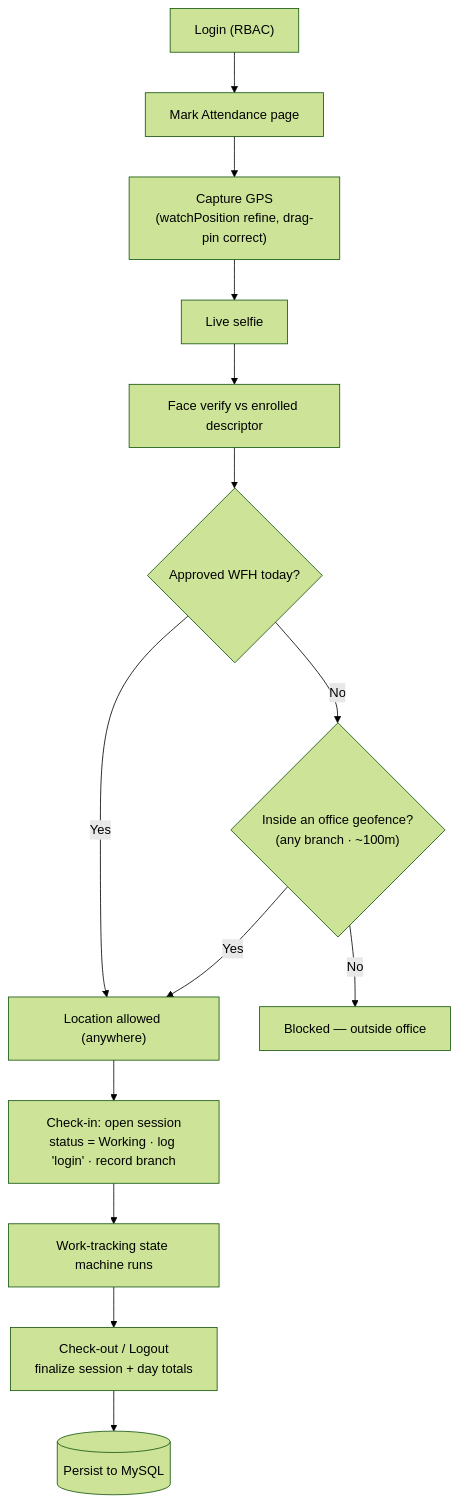
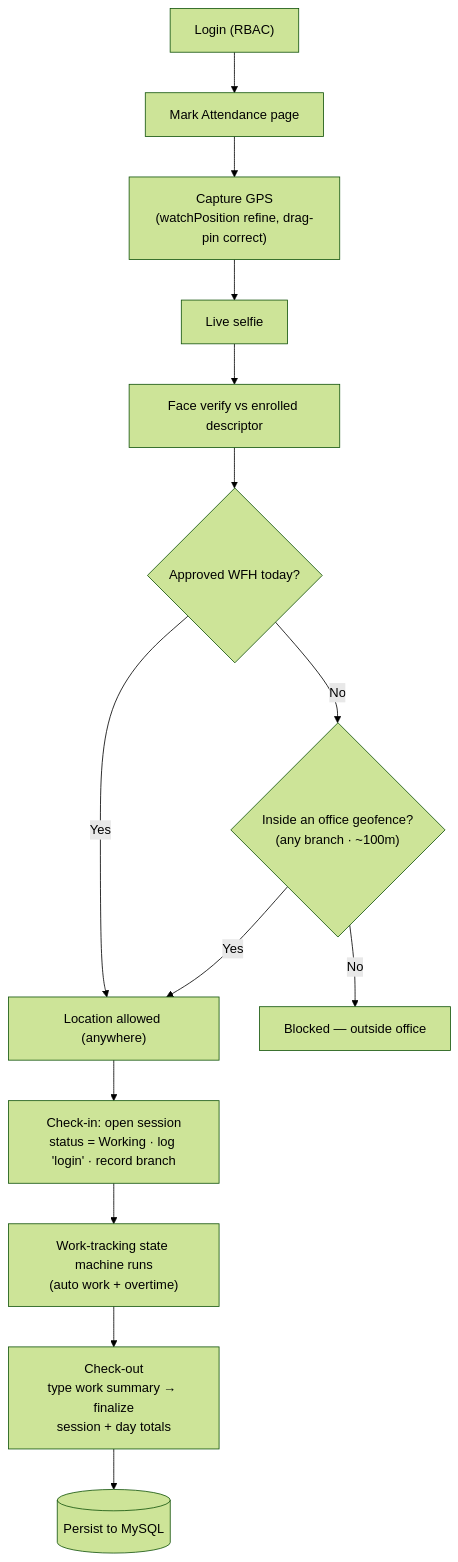
The second of 12 diagrams in README.md (anantha-ctrl/GeoAttendPro), drawn with Mermaid (forest theme) before and after one commit. The commit also changed other lines of this file and 59 other files, not shown here.

````diff
--- a/README.md
+++ b/README.md
@@ -57,16 +57,16 @@
 ```mermaid
 flowchart TD
   A["Login (RBAC)"] --> B["Mark Attendance page"]
   B --> C["Capture GPS<br/>(watchPosition refine, drag-pin correct)"]
   C --> D["Live selfie"]
   D --> E["Face verify vs enrolled descriptor"]
   E --> F{"Approved WFH today?"}
   F -- Yes --> H["Location allowed (anywhere)"]
   F -- No --> G{"Inside an office geofence?<br/>(any branch · ~100m)"}
   G -- No --> X["Blocked — outside office"]
   G -- Yes --> H
   H --> I["Check-in: open session<br/>status = Working · log 'login' · record branch"]
-  I --> J["Work-tracking state machine runs"]
-  J --> K["Check-out / Logout<br/>finalize session + day totals"]
+  I --> J["Work-tracking state machine runs<br/>(auto work + overtime)"]
+  J --> K["Check-out<br/>type work summary → finalize<br/>session + day totals"]
   K --> DB[("Persist to MySQL")]
 ```
````
